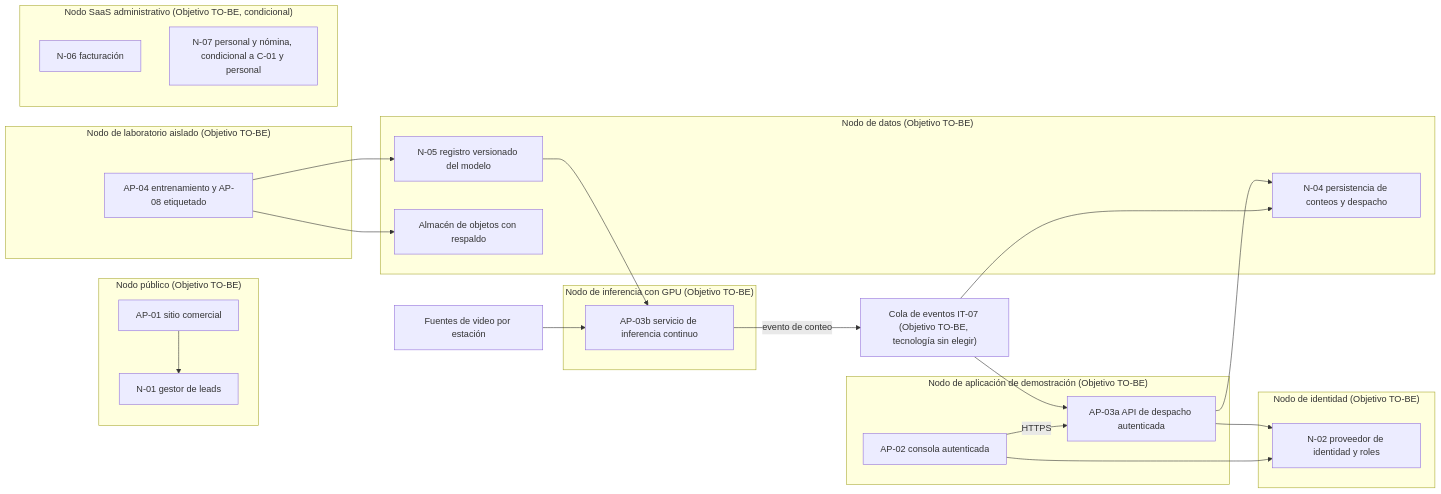
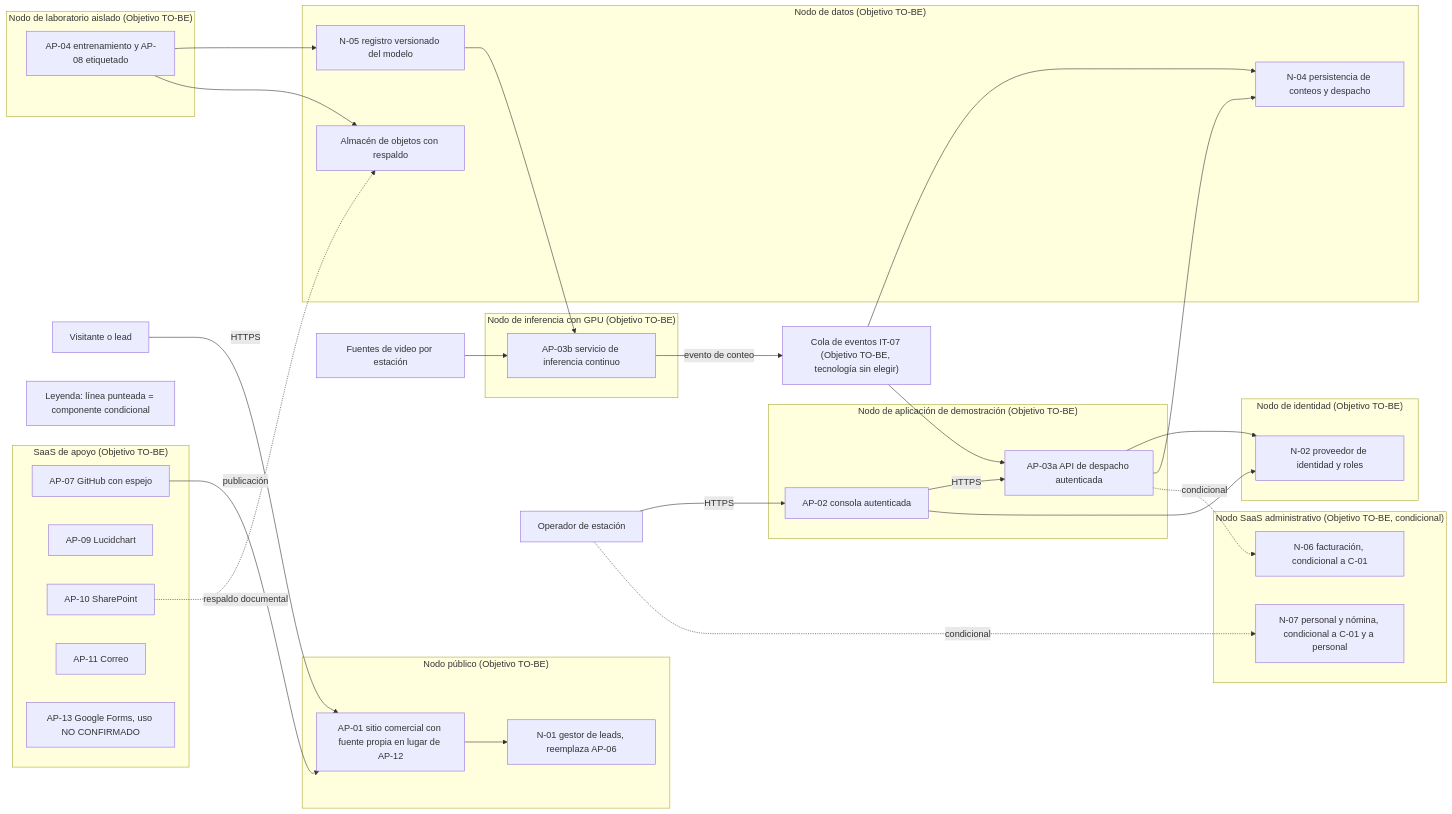
Before and after one commit to 5arSanti/tro-launcher: the diagram in docs/ae-final-project/ondas/M4-tecnologia/diagramas/E4b-tecnologia-to-be.mmd, drawn with Mermaid. The commit also changed 4 other files, not shown here.

```diff
--- a/docs/ae-final-project/ondas/M4-tecnologia/diagramas/E4b-tecnologia-to-be.mmd
+++ b/docs/ae-final-project/ondas/M4-tecnologia/diagramas/E4b-tecnologia-to-be.mmd
@@ -1,40 +1,56 @@
 flowchart LR
+  OPE["Operador de estación"]
+  VIS["Visitante o lead"]
   subgraph PUB["Nodo público (Objetivo TO-BE)"]
-    WEB["AP-01 sitio comercial"]
-    CRM["N-01 gestor de leads"]
+    WEB["AP-01 sitio comercial con fuente propia en lugar de AP-12"]
+    CRM["N-01 gestor de leads, reemplaza AP-06"]
   end
   subgraph IDP["Nodo de identidad (Objetivo TO-BE)"]
     ID["N-02 proveedor de identidad y roles"]
   end
   subgraph APP["Nodo de aplicación de demostración (Objetivo TO-BE)"]
     CON["AP-02 consola autenticada"]
     DES["AP-03a API de despacho autenticada"]
   end
   subgraph INF["Nodo de inferencia con GPU (Objetivo TO-BE)"]
     INFS["AP-03b servicio de inferencia continuo"]
   end
   Q["Cola de eventos IT-07 (Objetivo TO-BE, tecnología sin elegir)"]
   subgraph DAT["Nodo de datos (Objetivo TO-BE)"]
     DB["N-04 persistencia de conteos y despacho"]
     REG["N-05 registro versionado del modelo"]
     OBJ["Almacén de objetos con respaldo"]
   end
   subgraph LAB["Nodo de laboratorio aislado (Objetivo TO-BE)"]
     TR["AP-04 entrenamiento y AP-08 etiquetado"]
   end
+  subgraph SAAS["SaaS de apoyo (Objetivo TO-BE)"]
+    GH["AP-07 GitHub con espejo"]
+    LC["AP-09 Lucidchart"]
+    SP["AP-10 SharePoint"]
+    CO["AP-11 Correo"]
+    GFO["AP-13 Google Forms, uso NO CONFIRMADO"]
+  end
   subgraph ADM["Nodo SaaS administrativo (Objetivo TO-BE, condicional)"]
-    FAC["N-06 facturación"]
-    NOM["N-07 personal y nómina, condicional a C-01 y personal"]
+    FAC["N-06 facturación, condicional a C-01"]
+    NOM["N-07 personal y nómina, condicional a C-01 y a personal"]
   end
+  LEY["Leyenda: línea punteada = componente condicional"]
   CAMS["Fuentes de video por estación"] --> INFS
+  VIS -->|HTTPS| WEB
+  OPE -->|HTTPS| CON
   CON -->|HTTPS| DES
   CON --> ID
   DES --> ID
   INFS -->|evento de conteo| Q
   Q --> DES
   Q --> DB
   DES --> DB
   REG --> INFS
   TR --> REG
   TR --> OBJ
   WEB --> CRM
+  GH -->|publicación| WEB
+  SP -.->|respaldo documental| OBJ
+  DES -.->|condicional| FAC
+  OPE -.->|condicional| NOM
```
